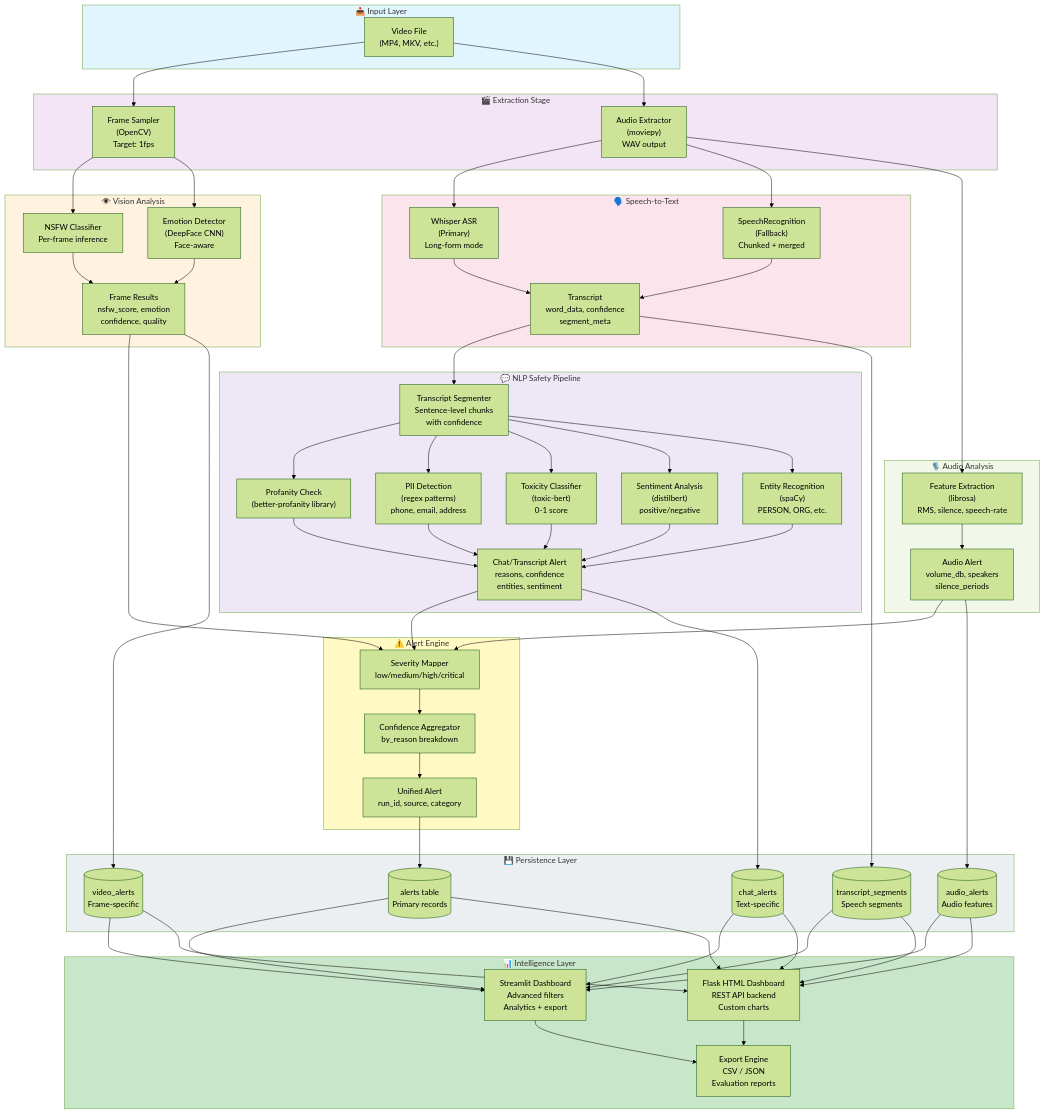
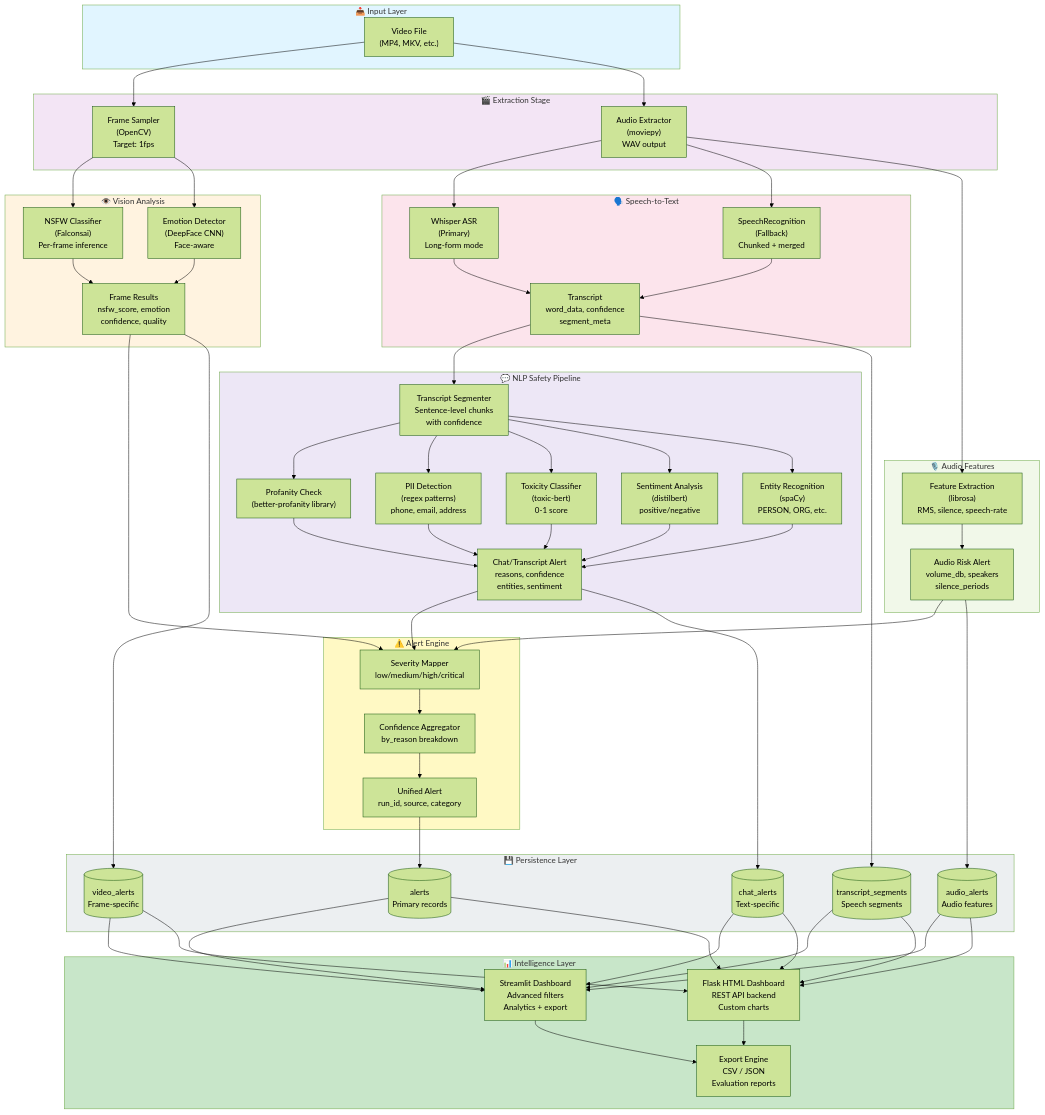
The diagram in README.md (umangjzx/Melodywings), drawn with Mermaid (forest theme) before and after one commit. The commit also changed other lines of this file and 17 other files, not shown here.

```diff
--- a/README.md
+++ b/README.md
@@ -41,14 +42,14 @@
     end
 
     subgraph Vision["👁️ Vision Analysis"]
-        NSFW["NSFW Classifier<br/(Falconsai model)<br/>Per-frame inference"]
+        NSFW["NSFW Classifier<br/>(Falconsai)<br/>Per-frame inference"]
         EMOTION["Emotion Detector<br/>(DeepFace CNN)<br/>Face-aware"]
         FRAME_RESULTS["Frame Results<br/>nsfw_score, emotion<br/>confidence, quality"]
     end
 
-    subgraph Audio["🎙️ Audio Analysis"]
+    subgraph Audio["🎙️ Audio Features"]
         AUDIO_FEATURES["Feature Extraction<br/>(librosa)<br/>RMS, silence, speech-rate"]
-        AUDIO_RESULTS["Audio Alert<br/>volume_db, speakers<br/>silence_periods"]
+        AUDIO_RESULTS["Audio Risk Alert<br/>volume_db, speakers<br/>silence_periods"]
     end
 
     subgraph Speech["🗣️ Speech-to-Text"]
@@ -74,7 +75,7 @@
     end
 
     subgraph Storage["💾 Persistence Layer"]
-        MAIN_ALERTS[("alerts table<br/>Primary records")]
+        MAIN_ALERTS[("alerts<br/>Primary records")]
         CHAT_TABLE[("chat_alerts<br/>Text-specific")]
         VIDEO_TABLE[("video_alerts<br/>Frame-specific")]
         AUDIO_TABLE[("audio_alerts<br/>Audio features")]
```
